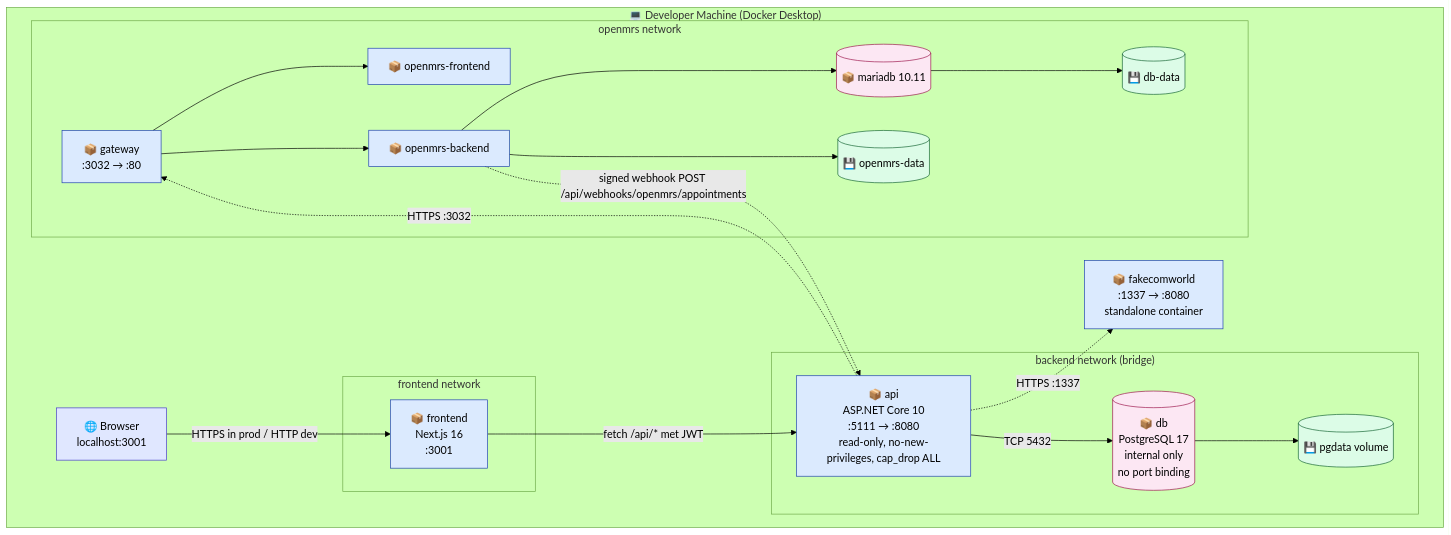
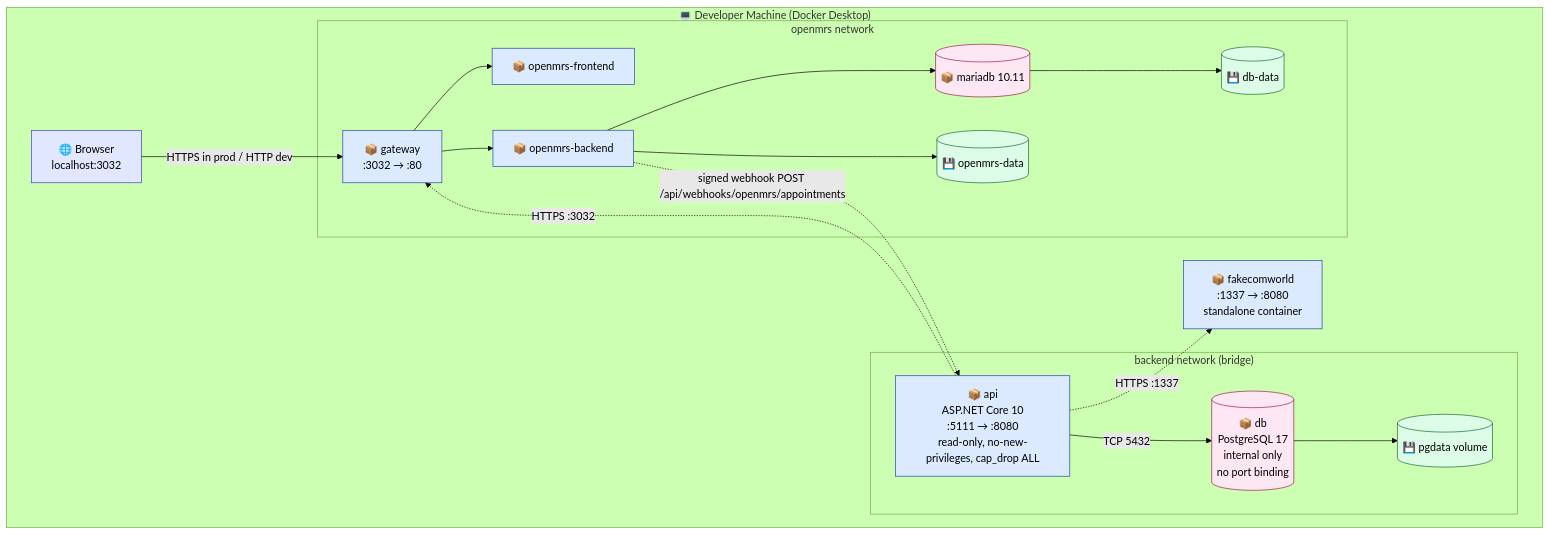
One commit to Rishyansyal/OpenMRSmoduleBackend changed the first of 2 diagrams in docs/c4/09-deployment.md. Above: the diagram before and after it, drawn with Mermaid (forest theme). The commit also changed other lines of this file and 15 other files, not shown here.

````diff
--- a/docs/c4/09-deployment.md
+++ b/docs/c4/09-deployment.md
@@ -7,47 +7,42 @@
 ```mermaid
 flowchart TB
     classDef host fill:#f1f5f9,stroke:#475569,stroke-width:2px,color:#000
     classDef network fill:#fef9c3,stroke:#a16207,stroke-width:1px,color:#000
     classDef container fill:#dbeafe,stroke:#1e40af,stroke-width:1px,color:#000
     classDef db fill:#fce7f3,stroke:#9d174d,stroke-width:1px,color:#000
     classDef ext fill:#e0e7ff,stroke:#4338ca,stroke-width:1px,color:#000
     classDef volume fill:#dcfce7,stroke:#166534,stroke-width:1px,color:#000
 
     subgraph Host["💻 Developer Machine (Docker Desktop)"]
-        Browser["🌐 Browser<br/>localhost:3001"]:::ext
-
-        subgraph netFront["frontend network"]
-            FE["📦 frontend<br/>Next.js 16<br/>:3001"]:::container
-        end
+        Browser["🌐 Browser<br/>localhost:3032"]:::ext
 
         subgraph netBackend["backend network (bridge)"]
             API["📦 api<br/>ASP.NET Core 10<br/>:5111 → :8080<br/>read-only, no-new-privileges, cap_drop ALL"]:::container
             DB[("📦 db<br/>PostgreSQL 17<br/>internal only<br/>no port binding")]:::db
             VolPG[("💾 pgdata volume")]:::volume
         end
 
         subgraph netOMRS["openmrs network"]
             GW["📦 gateway<br/>:3032 → :80"]:::container
             OMFE["📦 openmrs-frontend"]:::container
             OMBE["📦 openmrs-backend"]:::container
             OMDB[("📦 mariadb 10.11")]:::db
             VolOMRS[("💾 openmrs-data")]:::volume
             VolDB[("💾 db-data")]:::volume
         end
 
         FAKE["📦 fakecomworld<br/>:1337 → :8080<br/>standalone container"]:::container
     end
 
-    Browser -->|HTTPS in prod / HTTP dev| FE
-    FE -->|fetch /api/* met JWT| API
+    Browser -->|HTTPS in prod / HTTP dev| GW
     API -->|TCP 5432| DB
     DB --> VolPG
     API -.->|HTTPS :3032| GW
     GW --> OMFE
     GW --> OMBE
     OMBE --> OMDB
     OMBE --> VolOMRS
     OMDB --> VolDB
     API -.->|HTTPS :1337| FAKE
     OMBE -.->|signed webhook POST /api/webhooks/openmrs/appointments| API
 ```
````
